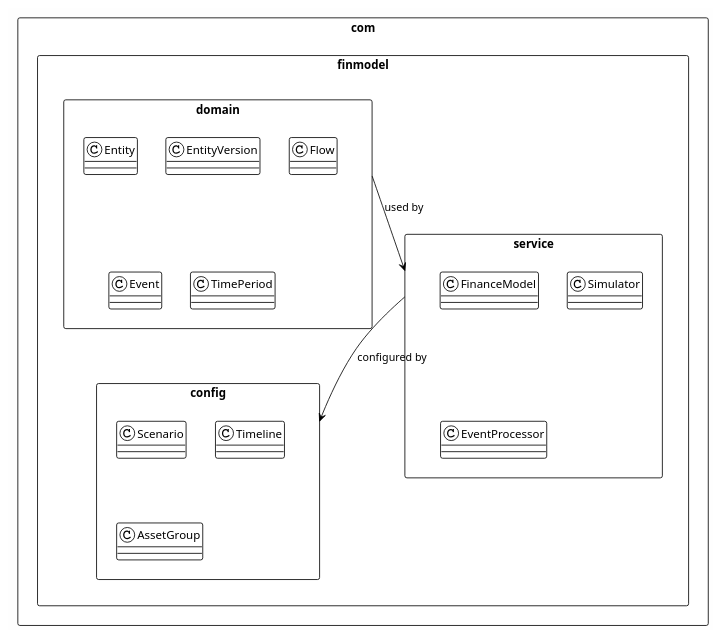
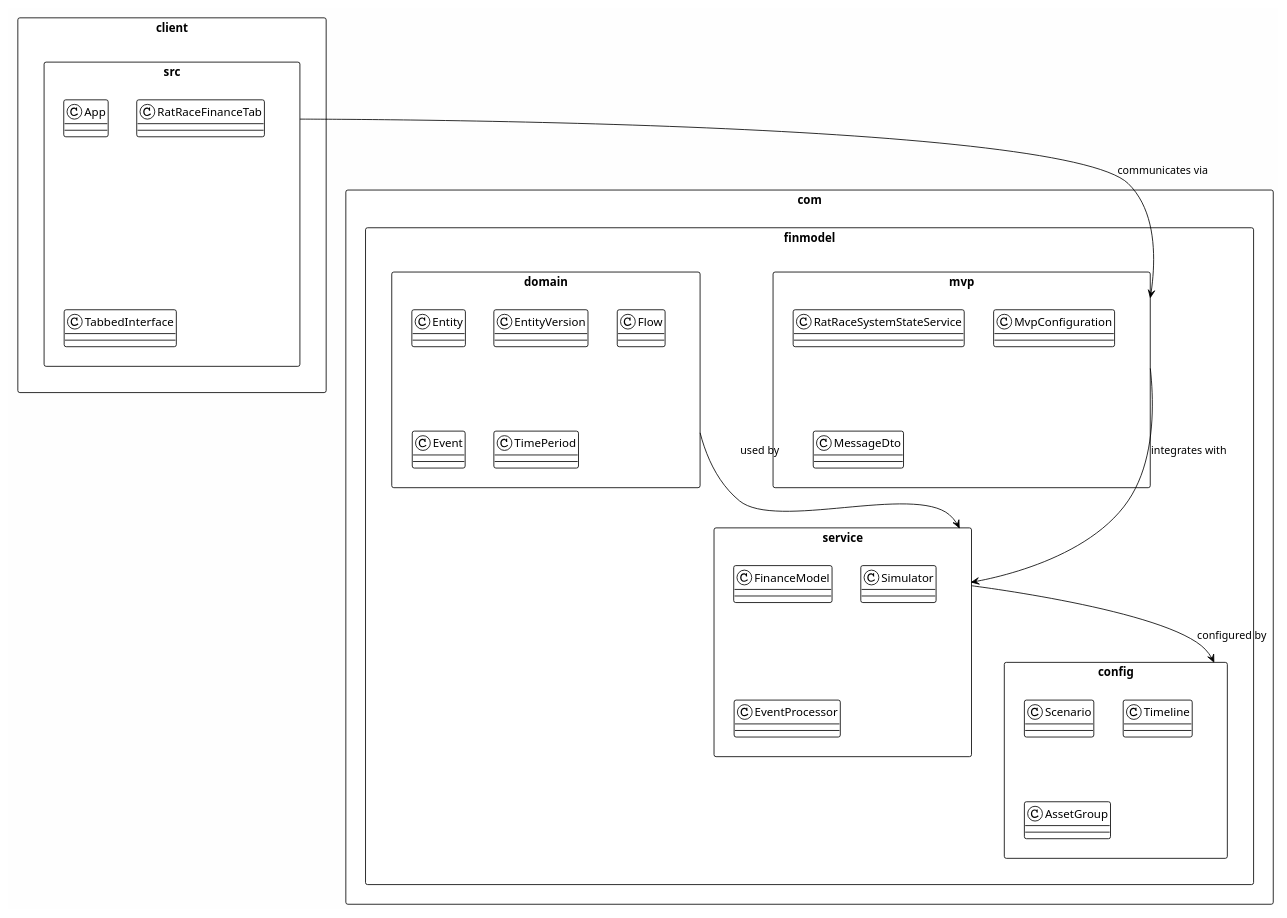
The third of 17 diagrams in RatRace2025/docs/design/architecture.md (andypaul65/RatRace2025), drawn with PlantUML before and after one commit. The commit also changed other lines of this file and 1 other file, not shown here.

First line of the commit message:
docs: update architecture and README for MVP integration completion

````diff
--- a/RatRace2025/docs/design/architecture.md
+++ b/RatRace2025/docs/design/architecture.md
@@ -45,32 +108,48 @@
 ```plantuml
 @startuml Core Components
 !theme plain
 skinparam backgroundColor #FEFEFE
 skinparam packageStyle rect
 
 package "com.finmodel" {
+  package "mvp" as MVP {
+    class RatRaceSystemStateService
+    class MvpConfiguration
+    class MessageDto
+  }
+
   package "domain" as Domain {
     class Entity
     class EntityVersion
     class Flow
     class Event
     class TimePeriod
   }
 
   package "service" as Service {
     class FinanceModel
     class Simulator
     class EventProcessor
   }
 
   package "config" as Config {
     class Scenario
     class Timeline
     class AssetGroup
   }
 }
 
+package "client" {
+  package "src" as ClientSrc {
+    class App
+    class RatRaceFinanceTab
+    class TabbedInterface
+  }
+}
+
+MVP --> Service : integrates with
 Domain --> Service : used by
 Service --> Config : configured by
+ClientSrc --> MVP : communicates via
 @enduml
 ```
````
